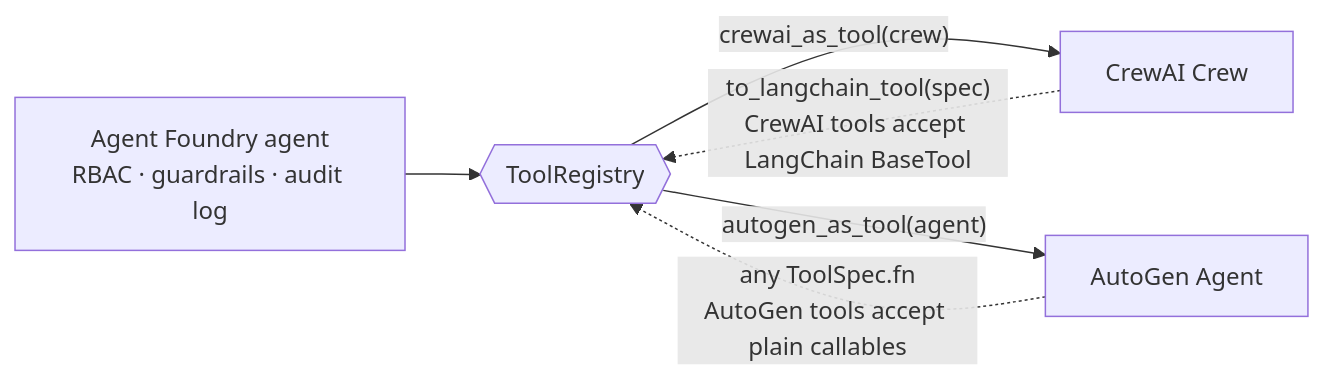
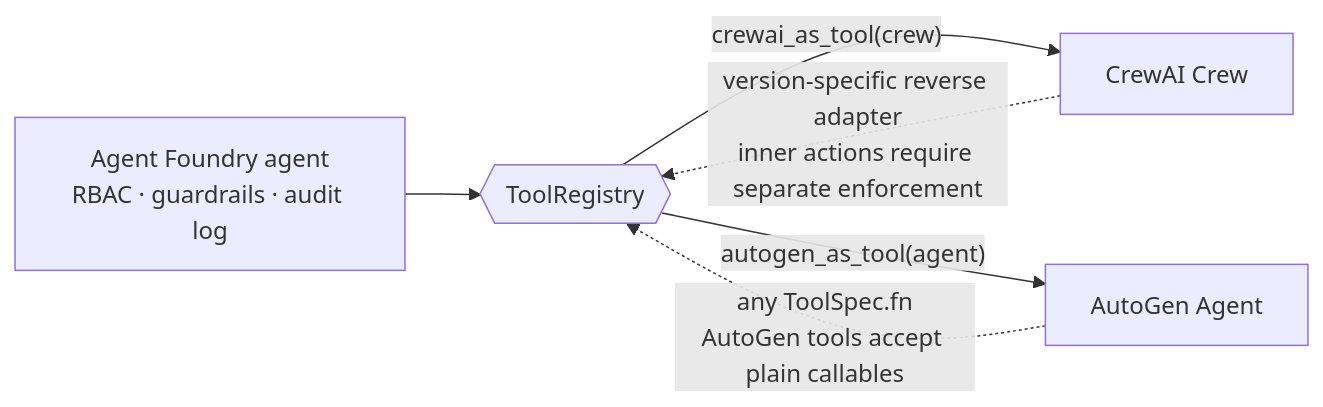
The fourth of 4 diagrams in README.md (arghya05/agent-foundry), drawn with Mermaid before and after one commit. The commit also changed other lines of this file and 33 other files, not shown here.

````diff
--- a/README.md
+++ b/README.md
@@ -887,8 +887,8 @@
 ```mermaid
 flowchart LR
     AF["Agent Foundry agent\nRBAC · guardrails · audit log"] --> Reg{{"ToolRegistry"}}
     Reg -->|"crewai_as_tool(crew)"| Crew["CrewAI Crew"]
     Reg -->|"autogen_as_tool(agent)"| Auto["AutoGen Agent"]
-    Crew -.->|"to_langchain_tool(spec)\nCrewAI tools accept LangChain BaseTool"| Reg
+    Crew -.->|"version-specific reverse adapter\ninner actions require separate enforcement"| Reg
     Auto -.->|"any ToolSpec.fn\nAutoGen tools accept plain callables"| Reg
 ```
````
